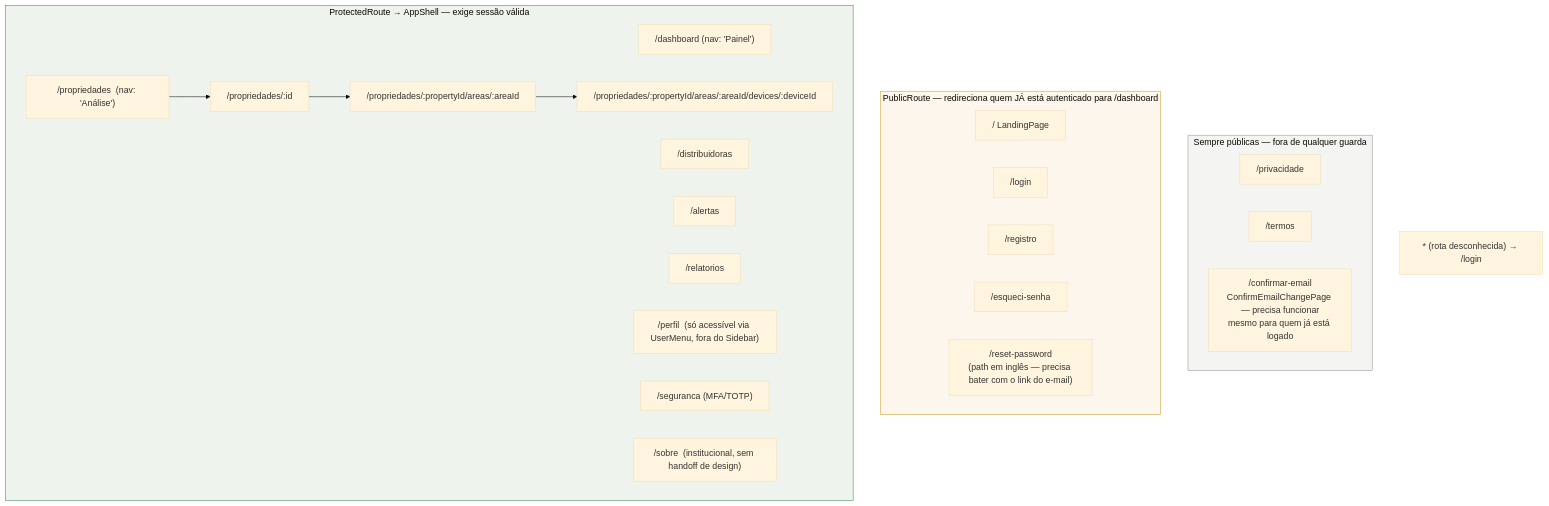
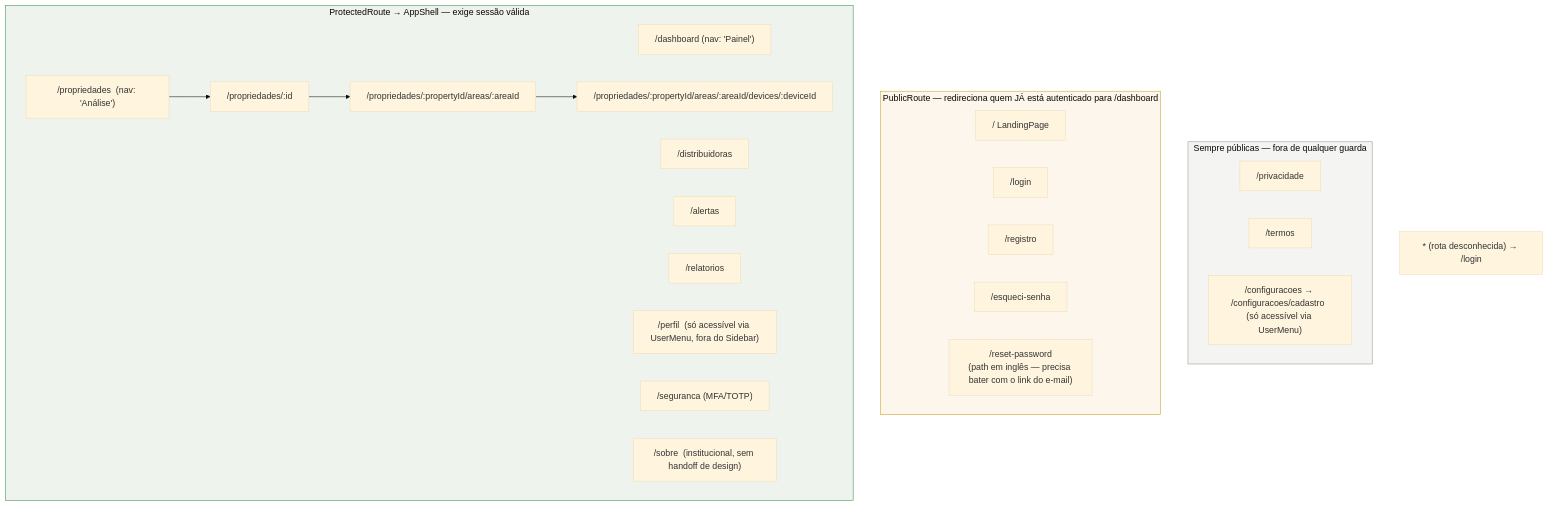
Before and after one commit to viniciussartini/lumitrack: the first of 4 diagrams in frontend/README.md, drawn with Mermaid (base theme). The commit also changed other lines of this file and 30 other files, not shown here.

````diff
--- a/frontend/README.md
+++ b/frontend/README.md
@@ -105,38 +105,39 @@
 ```mermaid
 flowchart TB
     subgraph FREE["Sempre públicas — fora de qualquer guarda"]
         PRIV["/privacidade"]
         TERM["/termos"]
         CONF["/confirmar-email<br/>ConfirmEmailChangePage — precisa funcionar<br/>mesmo para quem já está logado"]
     end
 
     subgraph PUB["PublicRoute — redireciona quem JÁ está autenticado para /dashboard"]
         ROOT["/  LandingPage"]
         LOGIN["/login"]
         REG["/registro"]
         FORGOT["/esqueci-senha"]
         RESET["/reset-password<br/>(path em inglês — precisa bater com o link do e-mail)"]
     end
 
     subgraph PROT["ProtectedRoute → AppShell — exige sessão válida"]
         DASH["/dashboard  (nav: 'Painel')"]
         DIST["/distribuidoras"]
         PROP["/propriedades  (nav: 'Análise')"]
         PROPD["/propriedades/:id"]
         AREAD["/propriedades/:propertyId/areas/:areaId"]
         DEVD["/propriedades/:propertyId/areas/:areaId/devices/:deviceId"]
         ALERT["/alertas"]
         REP["/relatorios"]
         PERF["/perfil  (só acessível via UserMenu, fora do Sidebar)"]
         SEC["/seguranca  (MFA/TOTP)"]
+        CONF["/configuracoes → /configuracoes/cadastro  (só acessível via UserMenu)"]
         SOBRE["/sobre  (institucional, sem handoff de design)"]
     end
 
     FALLBACK["* (rota desconhecida) → /login"]
 
     PROP --> PROPD --> AREAD --> DEVD
 
     style FREE fill:#f4f4f2,stroke:#999
     style PUB fill:#fdf6ec,stroke:#c9a227
     style PROT fill:#eef3ee,stroke:#3f8f52
 ```
````
